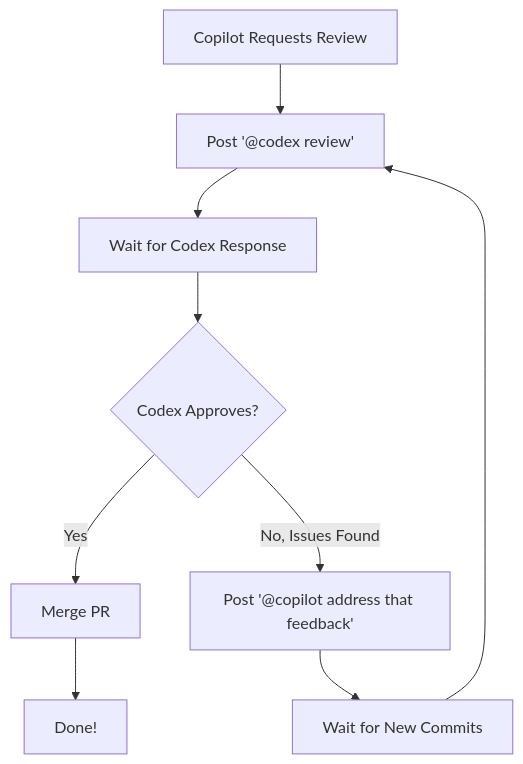
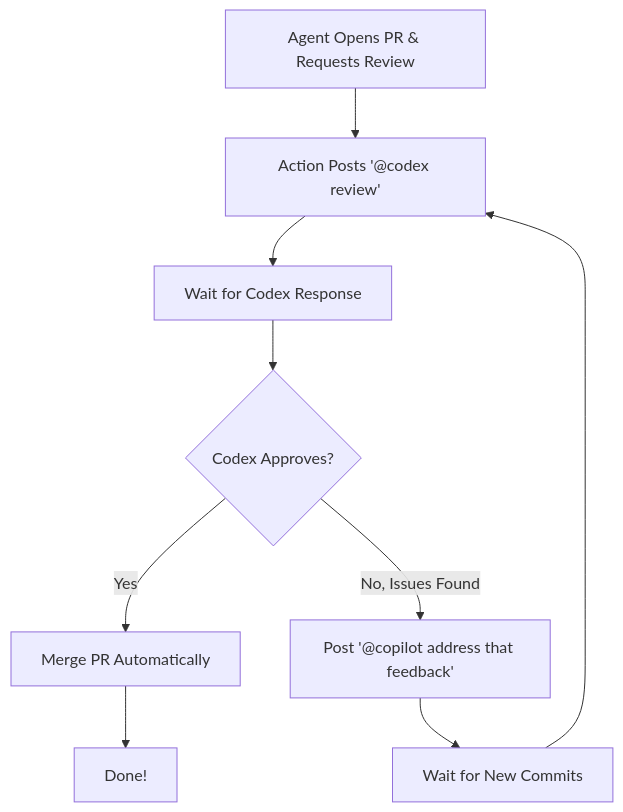
One commit to dhabibi/copilot-ralph-wiggum changed the diagram in README.md. Above: the diagram before and after it, drawn with Mermaid. The commit also changed other lines of this file, not shown here.

````diff
--- a/README.md
+++ b/README.md
@@ -16,11 +49,11 @@
 ```mermaid
 graph TD
-    A[Copilot Requests Review] --> B[Post '@codex review']
+    A[Agent Opens PR & Requests Review] --> B[Action Posts '@codex review']
     B --> C[Wait for Codex Response]
     C --> D{Codex Approves?}
-    D -->|Yes| E[Merge PR]
+    D -->|Yes| E[Merge PR Automatically]
     D -->|No, Issues Found| F[Post '@copilot address that feedback']
     F --> G[Wait for New Commits]
     G --> B
     E --> H[Done!]
 ```
````
